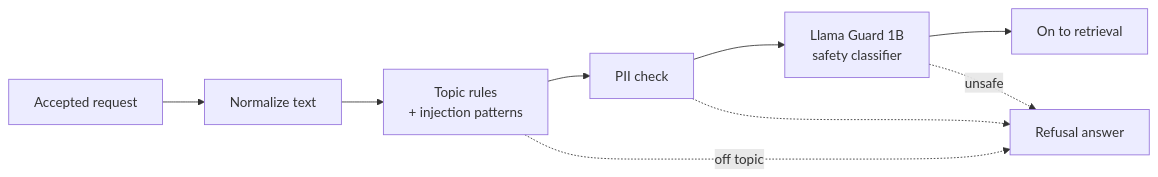
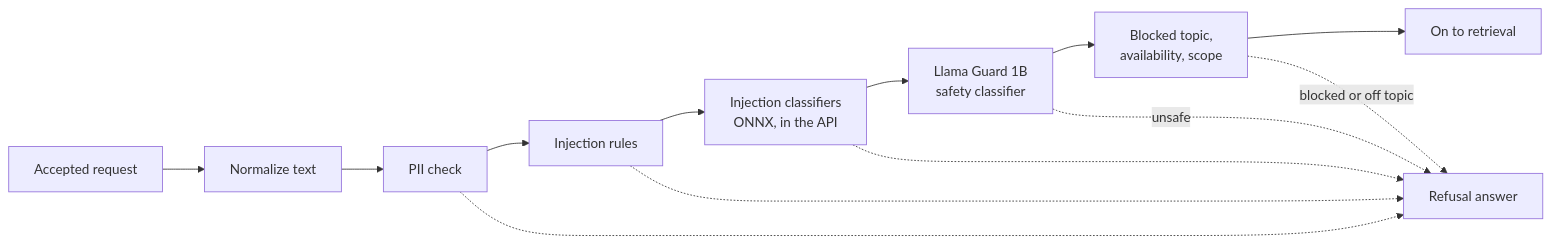
The diagram in docs/learn/diagrams/sd-03-input-guards.mmd (markbarbuto/vitae-ai), drawn with Mermaid before and after one commit. The commit also changed 121 other files, not shown here.

```diff
--- a/docs/learn/diagrams/sd-03-input-guards.mmd
+++ b/docs/learn/diagrams/sd-03-input-guards.mmd
@@ -1,9 +1,13 @@
 flowchart LR
   API["Accepted request"] --> Norm["Normalize text"]
-  Norm --> Rules["Topic rules<br/>+ injection patterns"]
-  Rules --> PII["PII check"]
-  PII --> Guard["Llama Guard 1B<br/>safety classifier"]
-  Guard --> Next["On to retrieval"]
-  Rules -.->|"off topic"| Refuse["Refusal answer"]
-  PII -.-> Refuse
+  Norm --> PII["PII check"]
+  PII --> Rules["Injection rules"]
+  Rules --> Cls["Injection classifiers<br/>ONNX, in the API"]
+  Cls --> Guard["Llama Guard 1B<br/>safety classifier"]
+  Guard --> Topics["Blocked topic,<br/>availability, scope"]
+  Topics --> Next["On to retrieval"]
+  PII -.-> Refuse["Refusal answer"]
+  Rules -.-> Refuse
+  Cls -.-> Refuse
   Guard -.->|"unsafe"| Refuse
+  Topics -.->|"blocked or off topic"| Refuse
```
